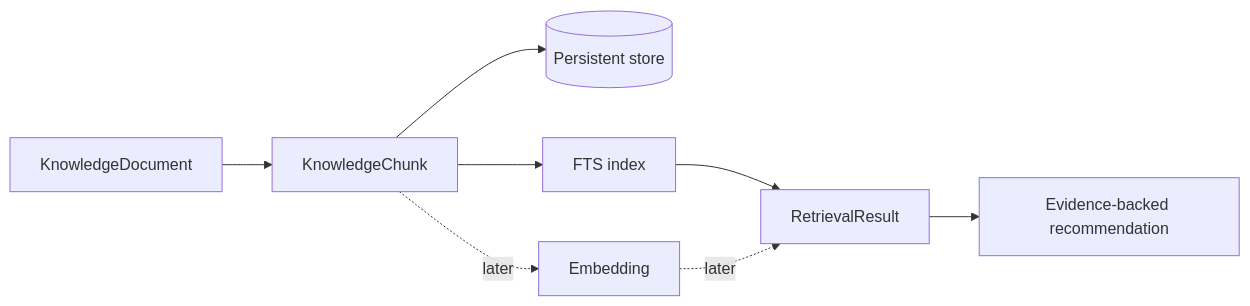
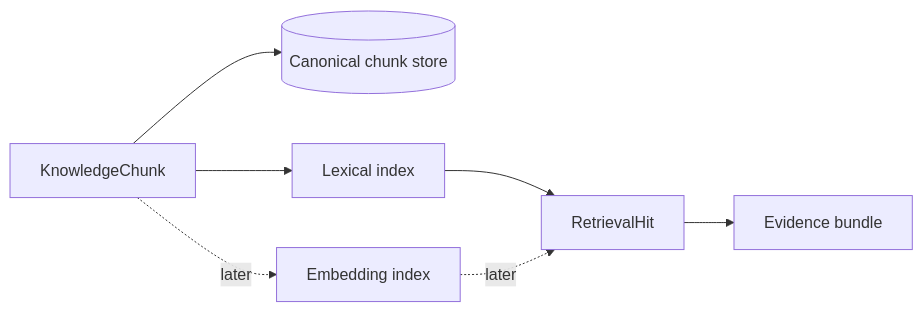
One commit to kumarchandansingh/tropos changed the seventh of 7 diagrams in docs/architecture/KNOWLEDGE_MODEL.md. Above: the diagram before and after it, drawn with Mermaid. The commit also changed other lines of this file and 13 other files, not shown here.

Commit message:
docs: rebuild Tropos living architecture

````diff
--- a/docs/architecture/KNOWLEDGE_MODEL.md
+++ b/docs/architecture/KNOWLEDGE_MODEL.md
@@ -118,10 +209,10 @@
 ```mermaid
 flowchart LR
-    Doc[KnowledgeDocument] --> Chunk[KnowledgeChunk]
-    Chunk --> Persist[(Persistent store)]
-    Chunk --> Lexical[FTS index]
-    Chunk -. later .-> Embed[Embedding]
-    Lexical --> Result[RetrievalResult]
-    Embed -. later .-> Result
-    Result --> Evidence[Evidence-backed recommendation]
+    Chunk[KnowledgeChunk]
+    --> Store[(Canonical chunk store)]
+    Chunk --> Lex[Lexical index]
+    Chunk -. later .-> Emb[Embedding index]
+    Lex --> Hit[RetrievalHit]
+    Emb -. later .-> Hit
+    Hit --> Evidence[Evidence bundle]
 ```
````
